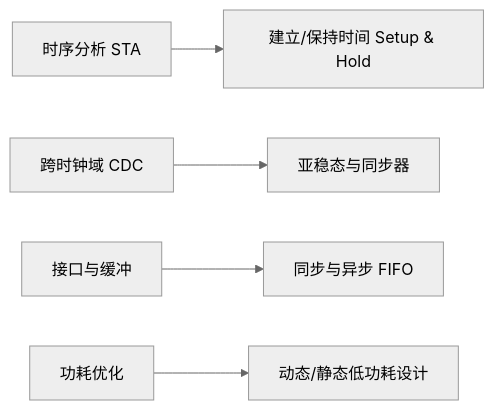
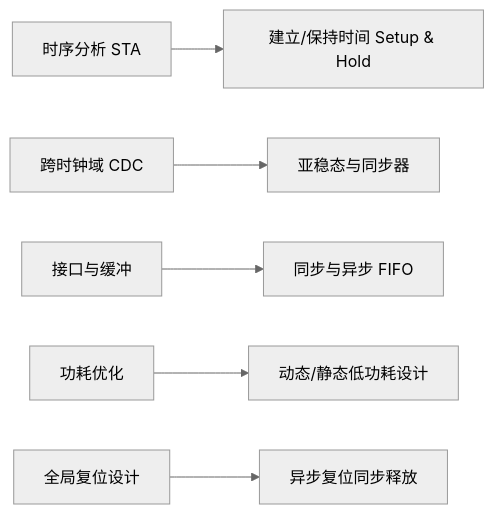
One commit to hyh20050326-web/notes changed the diagram in docs/ic-interview/index.md. Above: the diagram before and after it, drawn with Mermaid (neutral theme). The commit also changed other lines of this file and 2 other files, not shown here.

Commit message:
feat(ic-interview): 添加异步复位同步解除电路设计与原理分析

````diff
--- a/docs/ic-interview/index.md
+++ b/docs/ic-interview/index.md
@@ -9,7 +9,8 @@
 ```mermaid
 graph LR
     A[时序分析 STA] --> B[建立/保持时间 Setup & Hold]
     C[跨时钟域 CDC] --> D[亚稳态与同步器]
     E[接口与缓冲] --> F[同步与异步 FIFO]
     G[功耗优化] --> H[动态/静态低功耗设计]
+    I[全局复位设计] --> J[异步复位同步释放]
 ```
````
